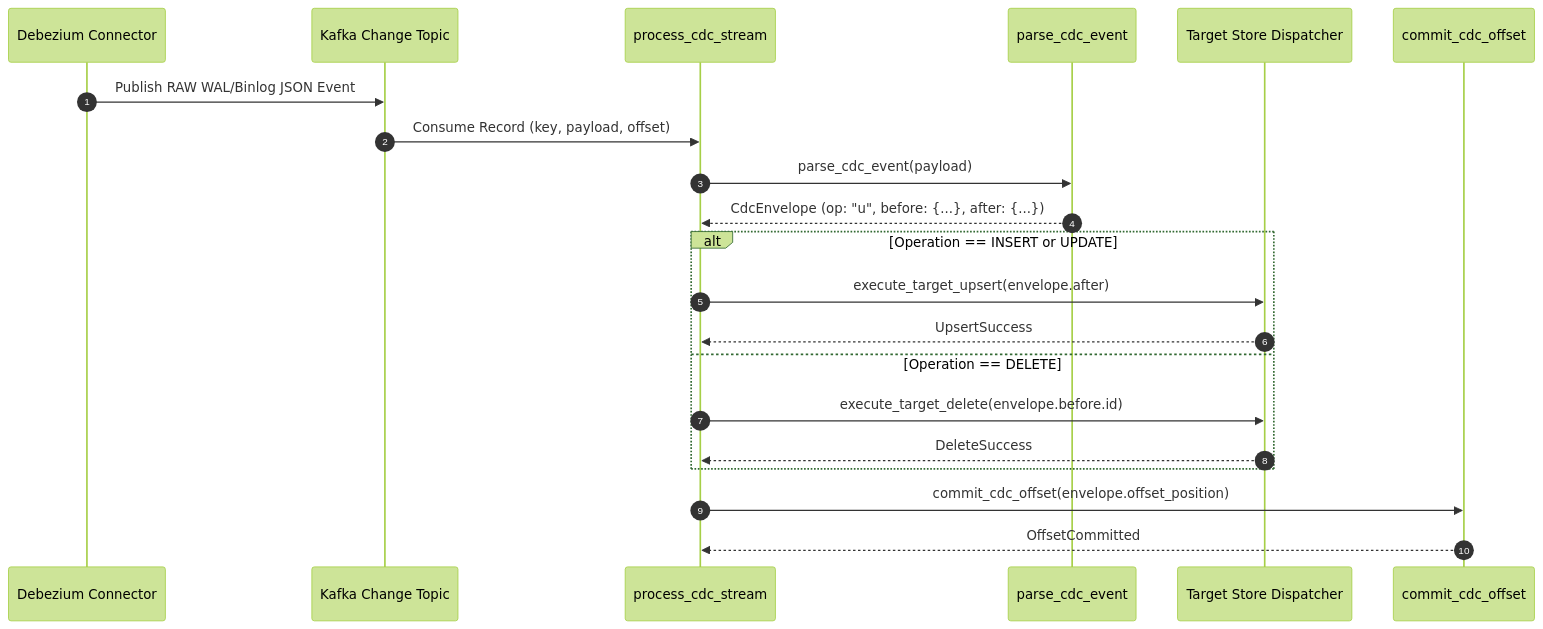
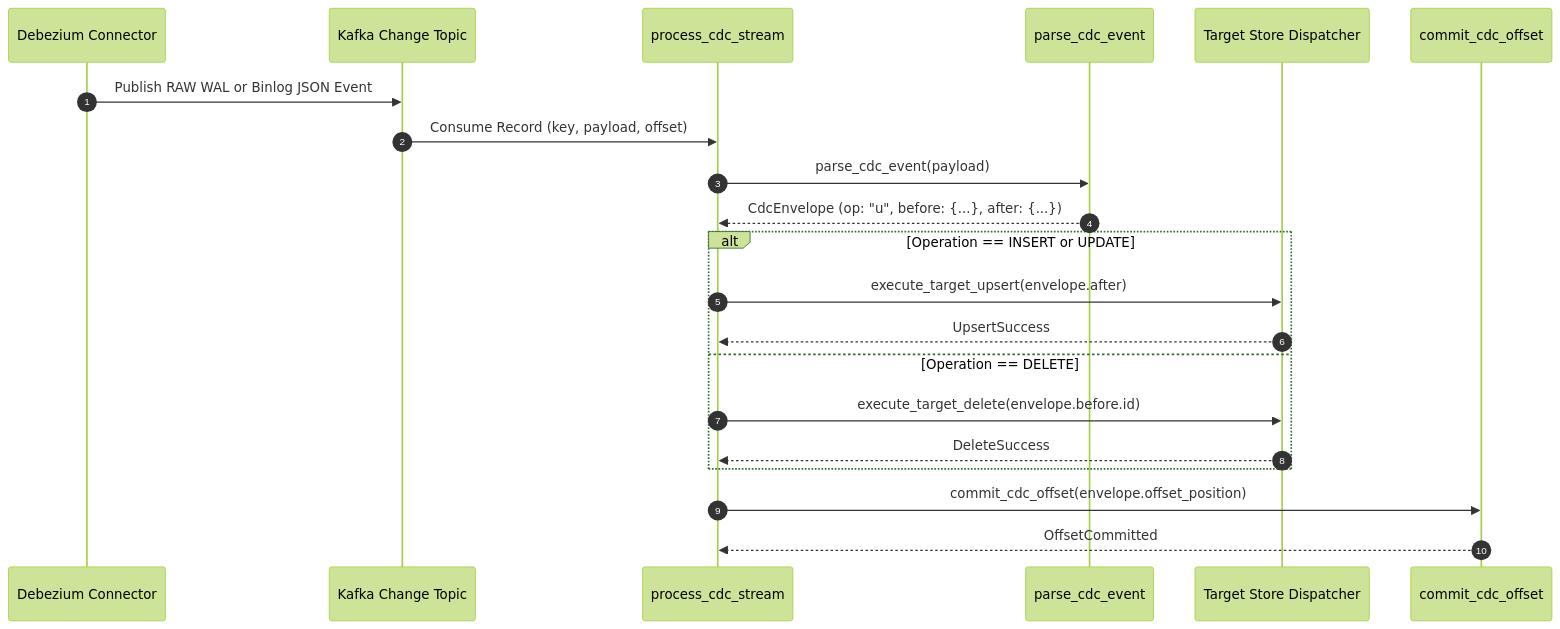
One commit to Chief-Strategist-J/llm-observability-platform changed the second of 2 diagrams in notebooks/runbooks/refs/09-migration-bridges-and-sync/cdc-based-synchronization.md. Above: the diagram before and after it, drawn with Mermaid (forest theme). The commit also changed 35 other files, not shown here.

Commit message:
fix(docs): resolve sequence diagram message label syntax errors across runbook suite

````diff
--- a/notebooks/runbooks/refs/09-migration-bridges-and-sync/cdc-based-synchronization.md
+++ b/notebooks/runbooks/refs/09-migration-bridges-and-sync/cdc-based-synchronization.md
@@ -64,27 +64,27 @@
 ```mermaid
 sequenceDiagram
     autonumber
     participant Engine as Debezium Connector
     participant Kafka as Kafka Change Topic
     participant Stream as process_cdc_stream
     participant Parser as parse_cdc_event
     participant Sink as Target Store Dispatcher
     participant Offset as commit_cdc_offset
 
-    Engine->>Kafka: Publish RAW WAL/Binlog JSON Event
+    Engine->>Kafka: Publish RAW WAL or Binlog JSON Event
     Kafka->>Stream: Consume Record (key, payload, offset)
     
     Stream->>Parser: parse_cdc_event(payload)
     Parser-->>Stream: CdcEnvelope (op: "u", before: {...}, after: {...})
 
     alt Operation == INSERT or UPDATE
         Stream->>Sink: execute_target_upsert(envelope.after)
         Sink-->>Stream: UpsertSuccess
     else Operation == DELETE
         Stream->>Sink: execute_target_delete(envelope.before.id)
         Sink-->>Stream: DeleteSuccess
     end
 
     Stream->>Offset: commit_cdc_offset(envelope.offset_position)
     Offset-->>Stream: OffsetCommitted
 ```
````
